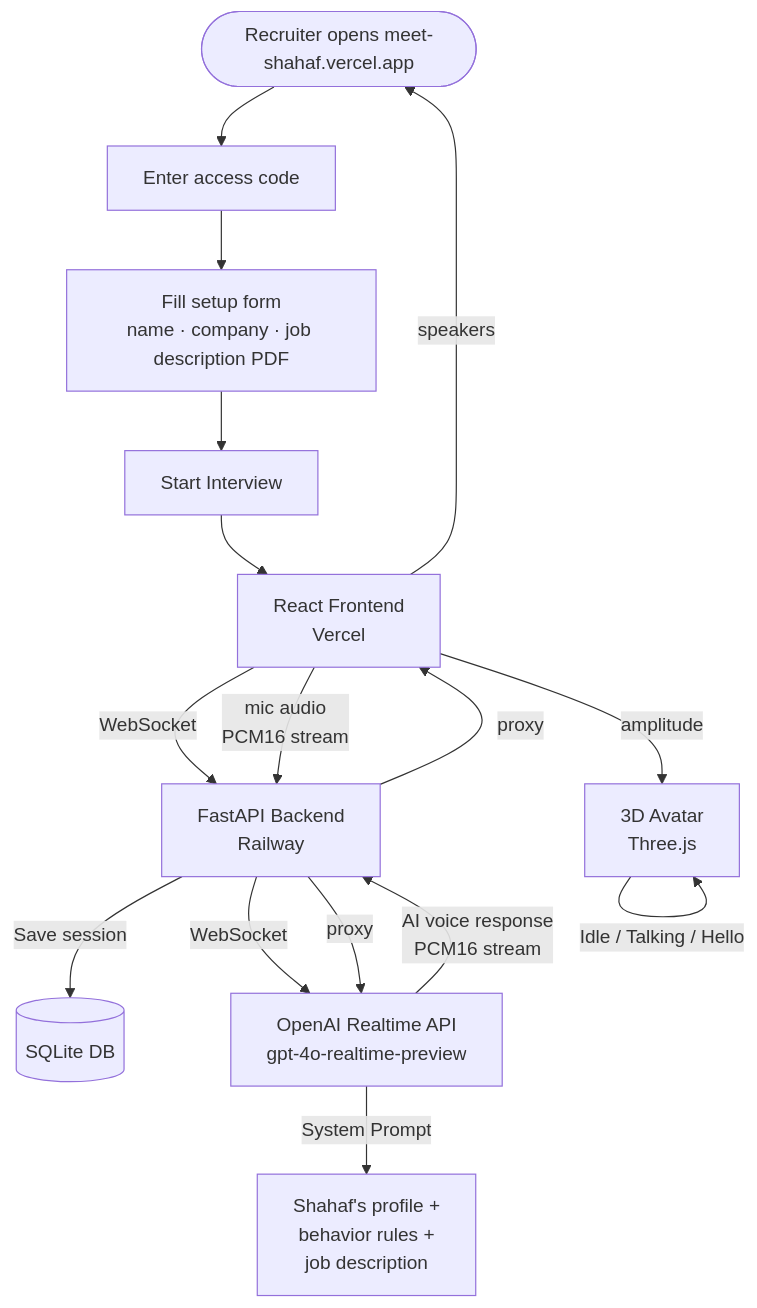
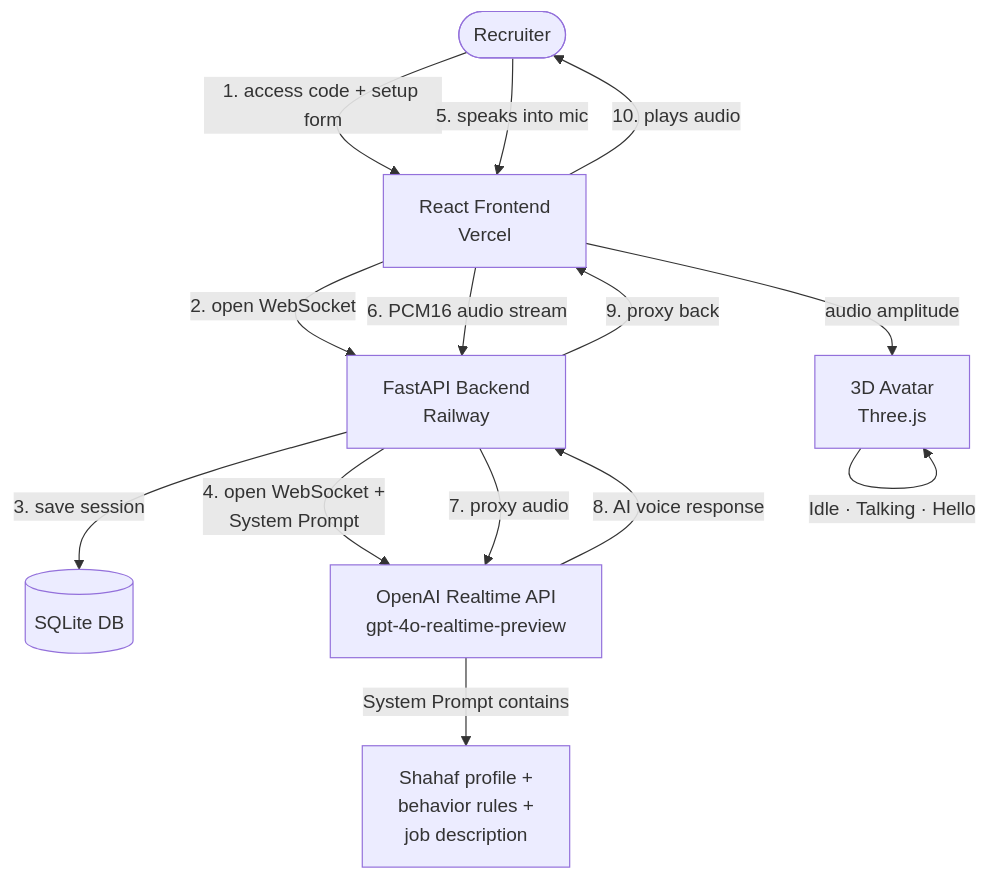
Before and after one commit to shahaf5641/meet-shahaf: the diagram in README.md, drawn with Mermaid.

Commit message:
docs: fix architecture diagram — numbered steps, cleaner flow

````diff
--- a/README.md
+++ b/README.md
@@ -11,22 +11,21 @@
 ```mermaid
 flowchart TD
-    A([Recruiter opens meet-shahaf.vercel.app]) --> B[Enter access code]
-    B --> C[Fill setup form\nname · company · job description PDF]
-    C --> D[Start Interview]
+    A([Recruiter]) -->|1. access code + setup form| B[React Frontend\nVercel]
 
-    D --> E[React Frontend\nVercel]
-    E -->|WebSocket| F[FastAPI Backend\nRailway]
-    F -->|Save session| G[(SQLite DB)]
-    F -->|WebSocket| H[OpenAI Realtime API\ngpt-4o-realtime-preview]
+    B -->|2. open WebSocket| C[FastAPI Backend\nRailway]
+    C -->|3. save session| D[(SQLite DB)]
+    C -->|4. open WebSocket +\nSystem Prompt| E[OpenAI Realtime API\ngpt-4o-realtime-preview]
 
-    H -->|System Prompt| I[Shahaf's profile +\nbehavior rules +\njob description]
+    E -->|System Prompt contains| F[Shahaf profile +\nbehavior rules +\njob description]
 
-    E -->|mic audio\nPCM16 stream| F
-    F -->|proxy| H
-    H -->|AI voice response\nPCM16 stream| F
-    F -->|proxy| E
-    E -->|speakers| A
+    A -->|5. speaks into mic| B
+    B -->|6. PCM16 audio stream| C
+    C -->|7. proxy audio| E
 
-    E -->|amplitude| J[3D Avatar\nThree.js]
-    J -->|Idle / Talking / Hello| J
+    E -->|8. AI voice response| C
+    C -->|9. proxy back| B
+    B -->|10. plays audio| A
+
+    B -->|audio amplitude| G[3D Avatar\nThree.js]
+    G -->|Idle · Talking · Hello| G
 ```
````
